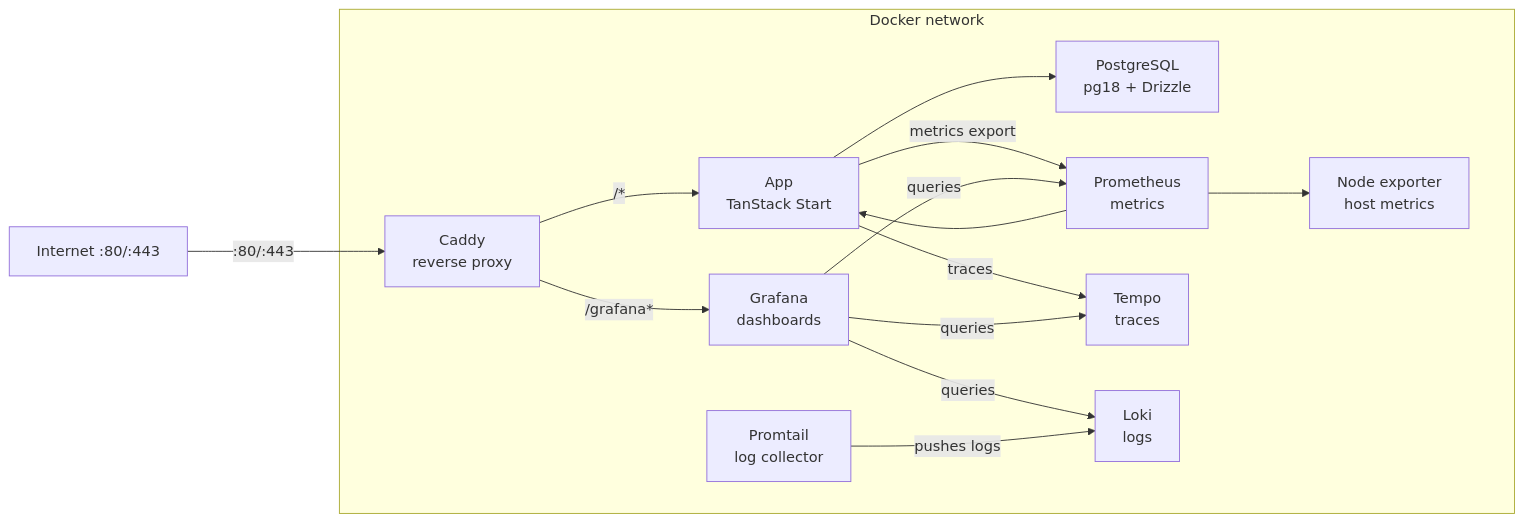
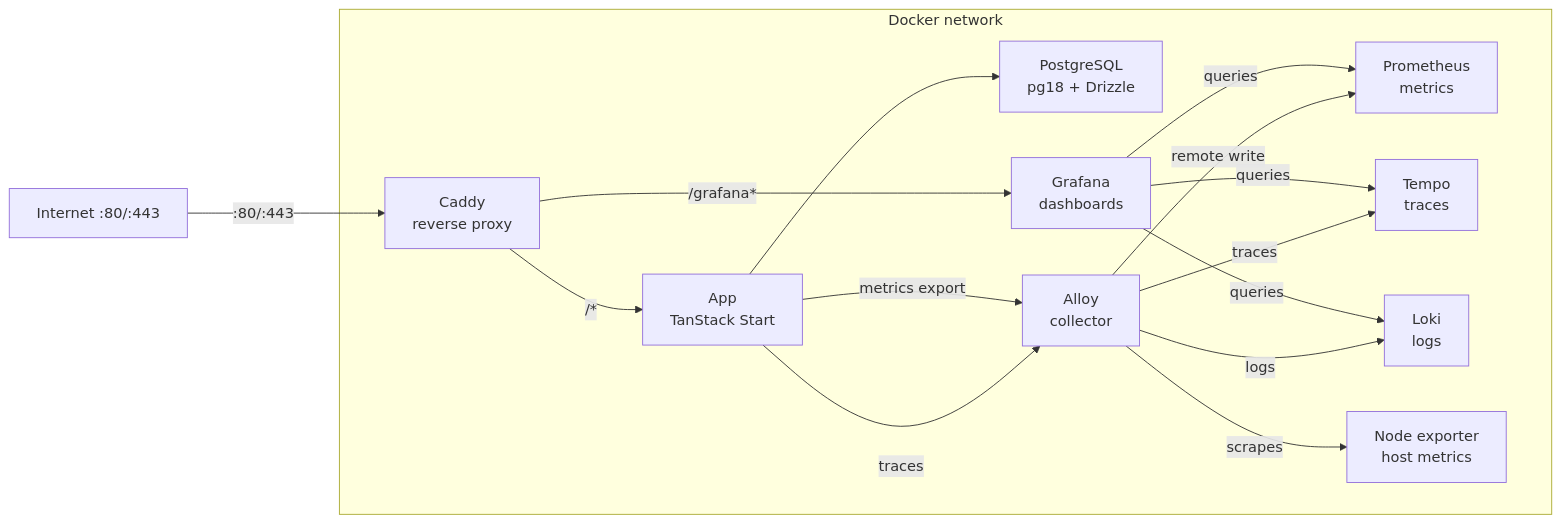
One commit to MaciejGarncarski/snack-rate changed the diagram in readme.md. Above: the diagram before and after it, drawn with Mermaid. The commit also changed other lines of this file and 11 other files, not shown here.

Commit message:
refactor: move from promtail to grafana alloy

````diff
--- a/readme.md
+++ b/readme.md
@@ -135,34 +140,34 @@
 ```mermaid
 %%{init: {'flowchart': {'nodeSpacing':50, 'rankSpacing': 100}}}%%
 graph LR
   Internet["Internet :80/:443"]
 
   subgraph docker["Docker network"]
     Caddy["Caddy\nreverse proxy"]
     App["App\nTanStack Start"]
     Postgres["PostgreSQL\npg18 + Drizzle"]
     Grafana["Grafana\ndashboards"]
     Prometheus["Prometheus\nmetrics"]
+    Alloy["Alloy\ncollector"]
     Tempo["Tempo\ntraces"]
     Loki["Loki\nlogs"]
-    Promtail["Promtail\nlog collector"]
     NodeExp["Node exporter\nhost metrics"]
   end
 
   Internet -->|":80/:443"| Caddy
   Caddy -->|"/*"| App
   Caddy -->|"/grafana*"| Grafana
 
   App --> Postgres
-  App -->|"traces"| Tempo
-  App -->|"metrics export"| Prometheus
-
-  Prometheus --> App
-  Prometheus --> NodeExp
+  App -->|"traces"| Alloy
+  App -->|"metrics export"| Alloy
+  Alloy -->|"remote write"| Prometheus
+  Alloy -->|"logs"| Loki
+  Alloy -->|"traces"| Tempo
+  Alloy -->|"scrapes"| NodeExp
 
   Grafana -->|"queries"| Prometheus
   Grafana -->|"queries"| Loki
   Grafana -->|"queries"| Tempo
 
-  Promtail -->|"pushes logs"| Loki
 ```
````
